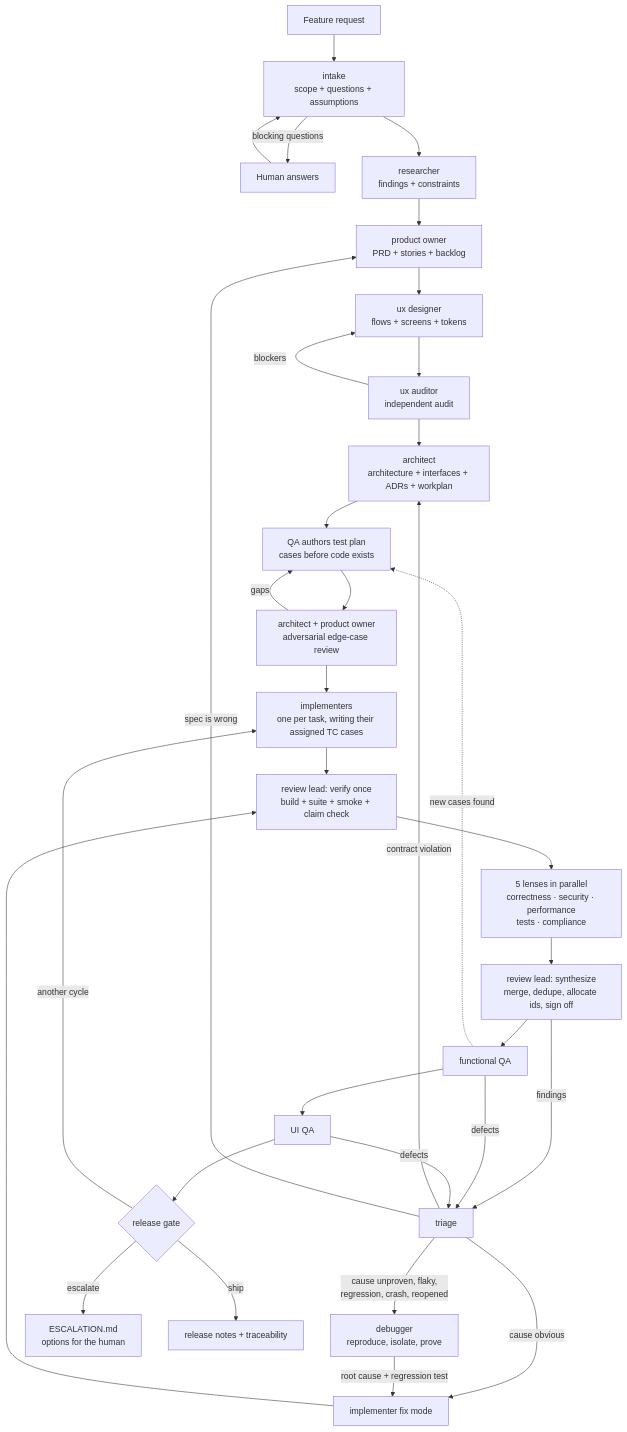
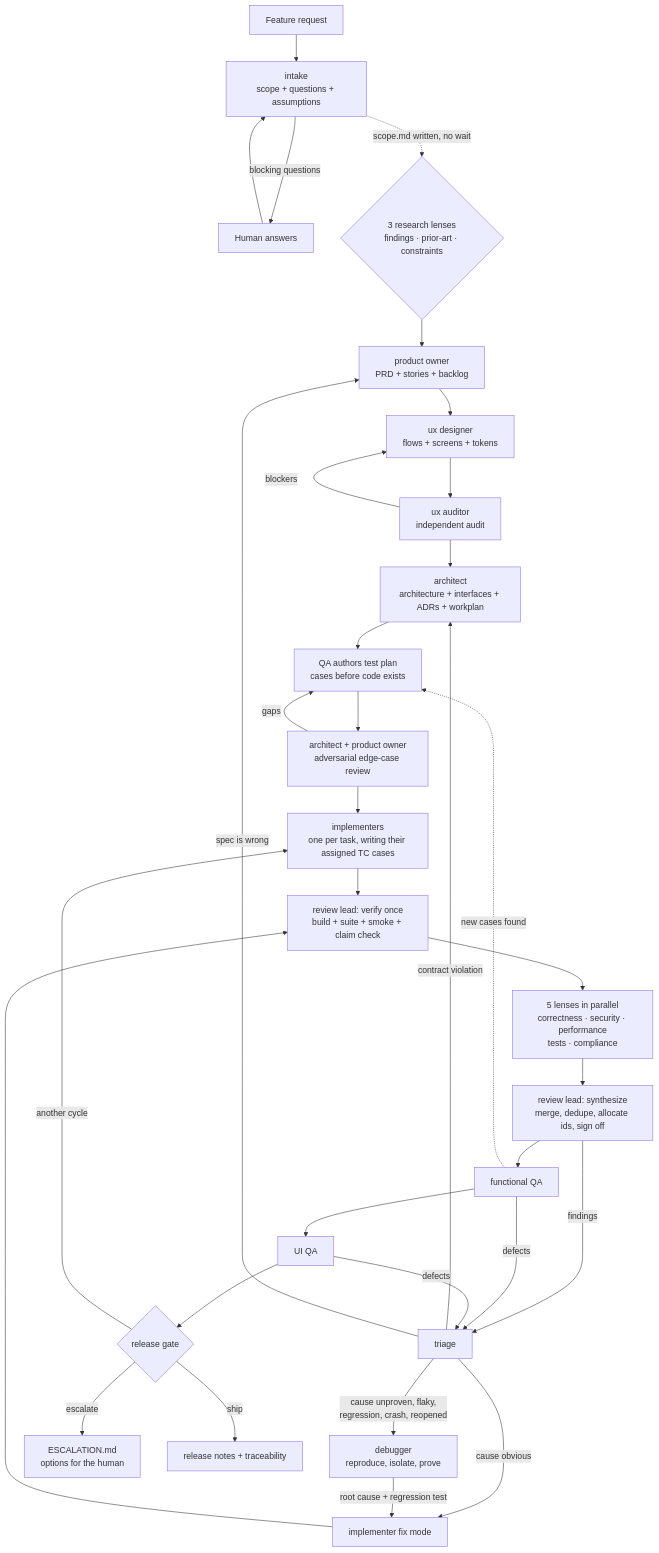
The diagram in docs/sdlc/README.md (DevLab-Technologies/claude-sdlc), drawn with Mermaid before and after one commit. The commit also changed other lines of this file and 9 other files, not shown here.

````diff
--- a/docs/sdlc/README.md
+++ b/docs/sdlc/README.md
@@ -5,35 +5,35 @@
 ```mermaid
 flowchart TD
     REQ[Feature request] --> IN[intake<br/>scope + questions + assumptions]
     IN -->|blocking questions| HUMAN[Human answers]
     HUMAN --> IN
-    IN --> RES[researcher<br/>findings + constraints]
+    IN -.->|scope.md written, no wait| RES{3 research lenses<br/>findings · prior-art · constraints}
     RES --> PO[product owner<br/>PRD + stories + backlog]
     PO --> UX[ux designer<br/>flows + screens + tokens]
     UX --> AUD[ux auditor<br/>independent audit]
     AUD -->|blockers| UX
     AUD --> ARCH[architect<br/>architecture + interfaces + ADRs + workplan]
     ARCH --> TP[QA authors test plan<br/>cases before code exists]
     TP --> TPR[architect + product owner<br/>adversarial edge-case review]
     TPR -->|gaps| TP
     TPR --> IMPL[implementers<br/>one per task, writing their assigned TC cases]
     IMPL --> RV[review lead: verify once<br/>build + suite + smoke + claim check]
     RV --> REV[5 lenses in parallel<br/>correctness · security · performance<br/>tests · compliance]
     REV --> RS[review lead: synthesize<br/>merge, dedupe, allocate ids, sign off]
     RS --> QA[functional QA]
     QA --> UIQA[UI QA]
     QA -.->|new cases found| TP
     UIQA --> GATE{release gate}
     RS -->|findings| TRI[triage]
     QA -->|defects| TRI
     UIQA -->|defects| TRI
     TRI -->|cause obvious| FIX[implementer fix mode]
     TRI -->|cause unproven, flaky,<br/>regression, crash, reopened| DBG[debugger<br/>reproduce, isolate, prove]
     TRI -->|contract violation| ARCH
     TRI -->|spec is wrong| PO
     DBG -->|root cause + regression test| FIX
     FIX --> RV
     GATE -->|another cycle| IMPL
     GATE -->|escalate| ESC[ESCALATION.md<br/>options for the human]
     GATE -->|ship| DONE[release notes + traceability]
 ```
````
